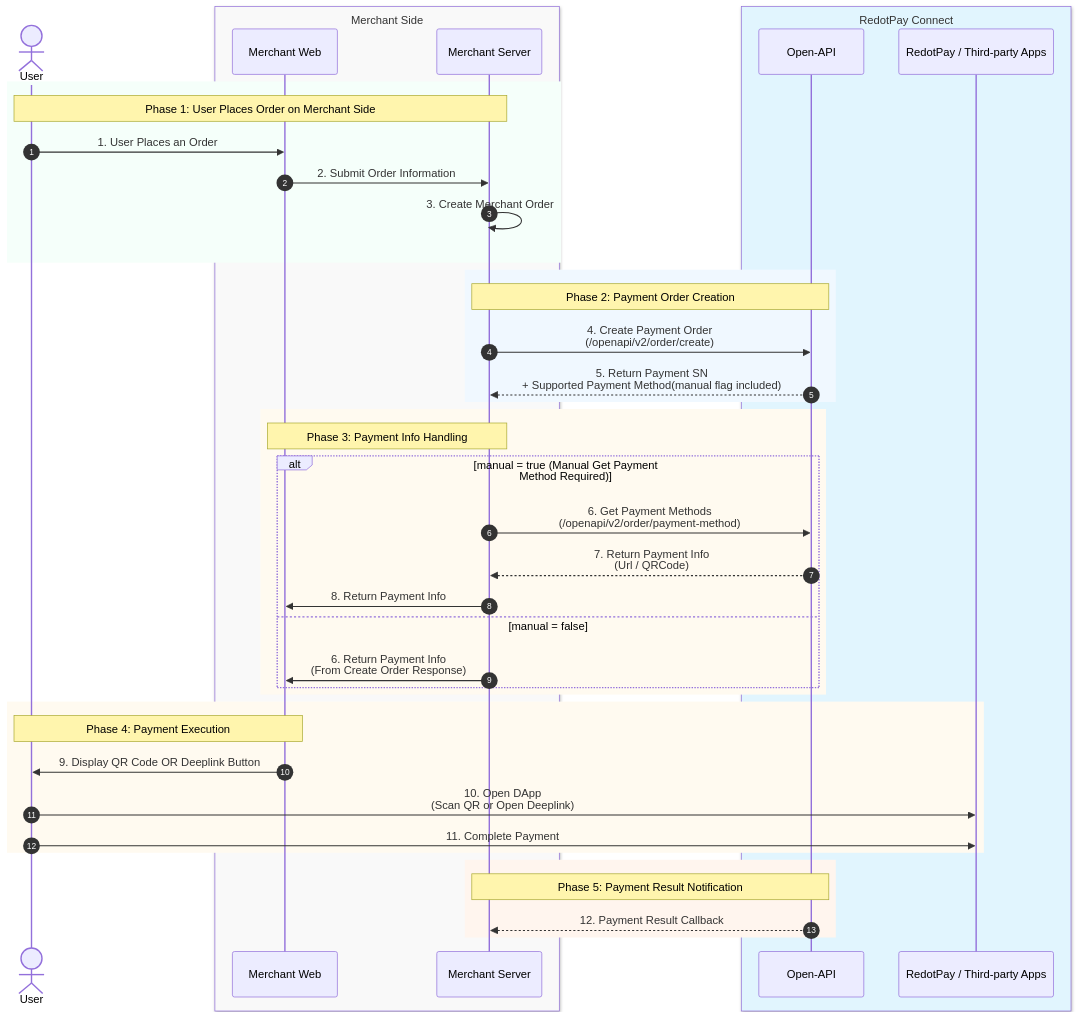
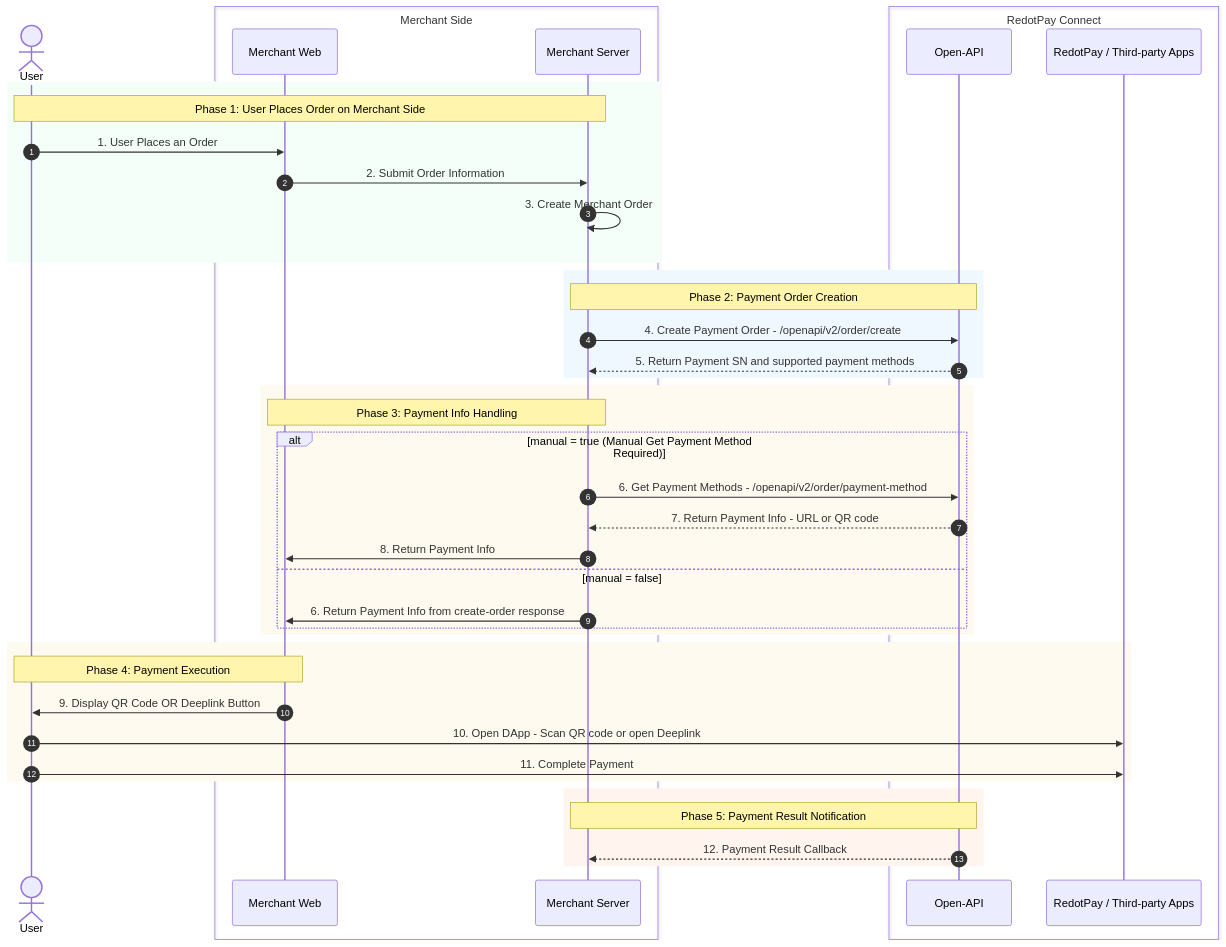
Before and after one commit to leo-nemo-8/test-changelog: the second of 2 diagrams in docs/Getting Started/payment.md, drawn with Mermaid.

Commit message:
Update doc `payment`

````diff
--- a/docs/Getting Started/payment.md
+++ b/docs/Getting Started/payment.md
@@ -99,60 +99,60 @@
 ```mermaid
 sequenceDiagram
     autonumber
 
     %% Participants
     actor User as User
 
-    box rgb(249, 249, 249) Merchant Side
+    box Merchant Side #f9f9f9
         participant App as Merchant Web
         participant Backend as Merchant Server
     end
 
-    box rgb(225, 245, 254) RedotPay Connect
+    box RedotPay Connect #e1f5fe
         participant API as Open-API
         participant DApp as RedotPay / Third-party Apps
     end
 
     %% Phase 1: User Places Order
     rect rgb(245, 255, 250)
         note over User, Backend: Phase 1: User Places Order on Merchant Side
         User->>App: 1. User Places an Order
         App->>Backend: 2. Submit Order Information
         Backend->>Backend: 3. Create Merchant Order
     end
 
     %% Phase 2: Payment Order Creation
     rect rgb(240, 248, 255)
         note over Backend, API: Phase 2: Payment Order Creation
-        Backend->>API: 4. Create Payment Order<br/>(/openapi/v2/order/create)
-        API-->>Backend: 5. Return Payment SN<br/>+ Supported Payment Method(manual flag included)
+        Backend->>API: 4. Create Payment Order - /openapi/v2/order/create
+        API-->>Backend: 5. Return Payment SN and supported payment methods
     end
 
     %% Phase 3: Payment Info Handling
     rect rgb(255, 250, 240)
         note over Backend, App: Phase 3: Payment Info Handling
 
         alt manual = true (Manual Get Payment Method Required)
-            Backend->>API: 6. Get Payment Methods<br/>(/openapi/v2/order/payment-method)
-            API-->>Backend: 7. Return Payment Info<br/>(Url / QRCode)
+            Backend->>API: 6. Get Payment Methods - /openapi/v2/order/payment-method
+            API-->>Backend: 7. Return Payment Info - URL or QR code
             Backend->>App: 8. Return Payment Info
         else manual = false
-            Backend->>App: 6. Return Payment Info<br/>(From Create Order Response)
+            Backend->>App: 6. Return Payment Info from create-order response
         end
     end
 
     %% Phase 4: Payment Execution
     rect rgb(255, 250, 240)
         note over App, User: Phase 4: Payment Execution
         App->>User: 9. Display QR Code OR Deeplink Button
-        User->>DApp: 10. Open DApp<br/>(Scan QR or Open Deeplink)
+        User->>DApp: 10. Open DApp - Scan QR code or open Deeplink
         User->>DApp: 11. Complete Payment
     end
 
     %% Phase 5: Payment Result Notification
     rect rgb(255, 245, 238)
         note over API, Backend: Phase 5: Payment Result Notification
         API-->>Backend: 12. Payment Result Callback
     end
 
 ```
````
